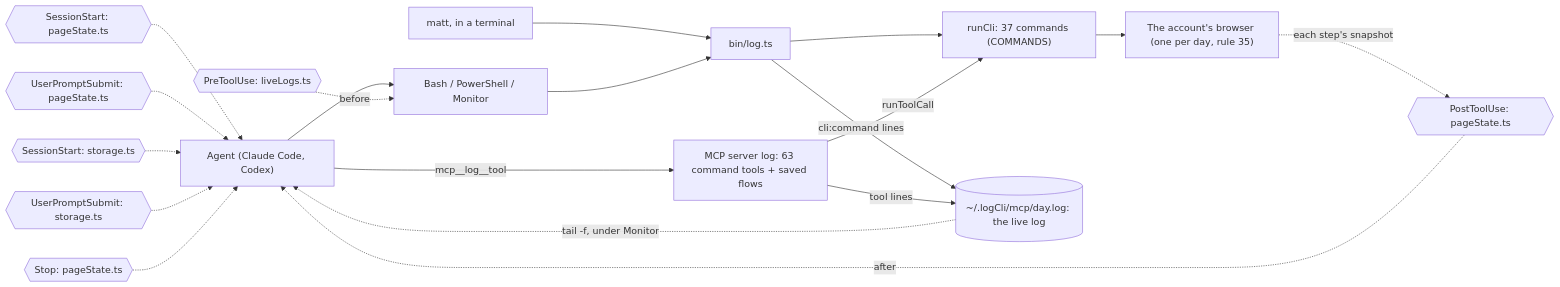
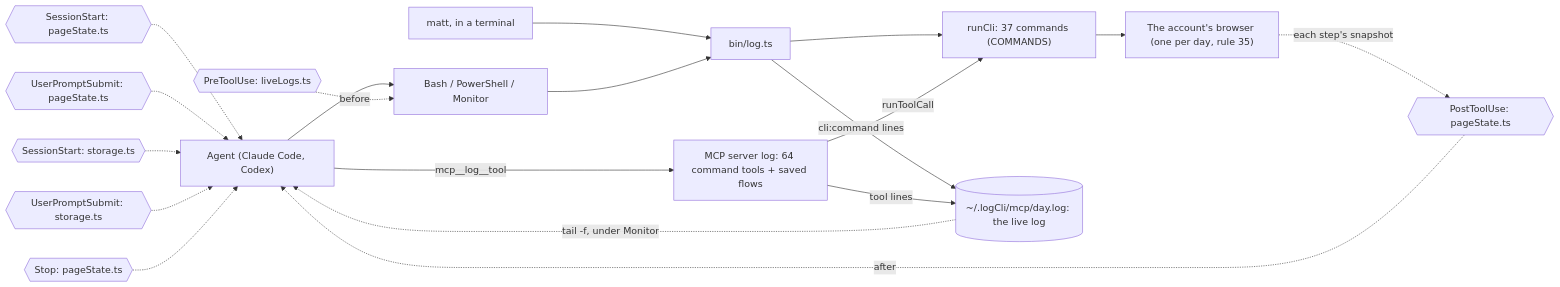
The second of 5 diagrams in README.md (matthewdonsemail-lab/log), drawn with Mermaid before and after one commit. The commit also changed other lines of this file and 104 other files, not shown here.

````diff
--- a/README.md
+++ b/README.md
@@ -128,29 +128,29 @@
 ```mermaid
 flowchart LR
   agent["Agent (Claude Code, Codex)"]
   matt["matt, in a terminal"]
   shell["Bash / PowerShell / Monitor"]
-  mcp["MCP server log: 63 command tools + saved flows"]
+  mcp["MCP server log: 64 command tools + saved flows"]
   bin["bin/log.ts"]
   runCli["runCli: 37 commands (COMMANDS)"]
   live[("~/.logCli/mcp/day.log: the live log")]
   browser["The account's browser (one per day, rule 35)"]
   agent --> shell
   matt --> bin
   shell --> bin
   agent -->|mcp__log__tool| mcp
   bin --> runCli
   mcp -->|runToolCall| runCli
   runCli --> browser
   bin -->|cli:command lines| live
   mcp -->|tool lines| live
   live -.->|tail -f, under Monitor| agent
   pre0{{"PreToolUse: liveLogs.ts"}} -.->|before| shell
   post0{{"PostToolUse: pageState.ts"}} -.->|after| agent
   turn0{{"SessionStart: pageState.ts"}} -.-> agent
   turn1{{"UserPromptSubmit: pageState.ts"}} -.-> agent
   turn2{{"SessionStart: storage.ts"}} -.-> agent
   turn3{{"UserPromptSubmit: storage.ts"}} -.-> agent
   turn4{{"Stop: pageState.ts"}} -.-> agent
   browser -.->|each step's snapshot| post0
 ```
````
